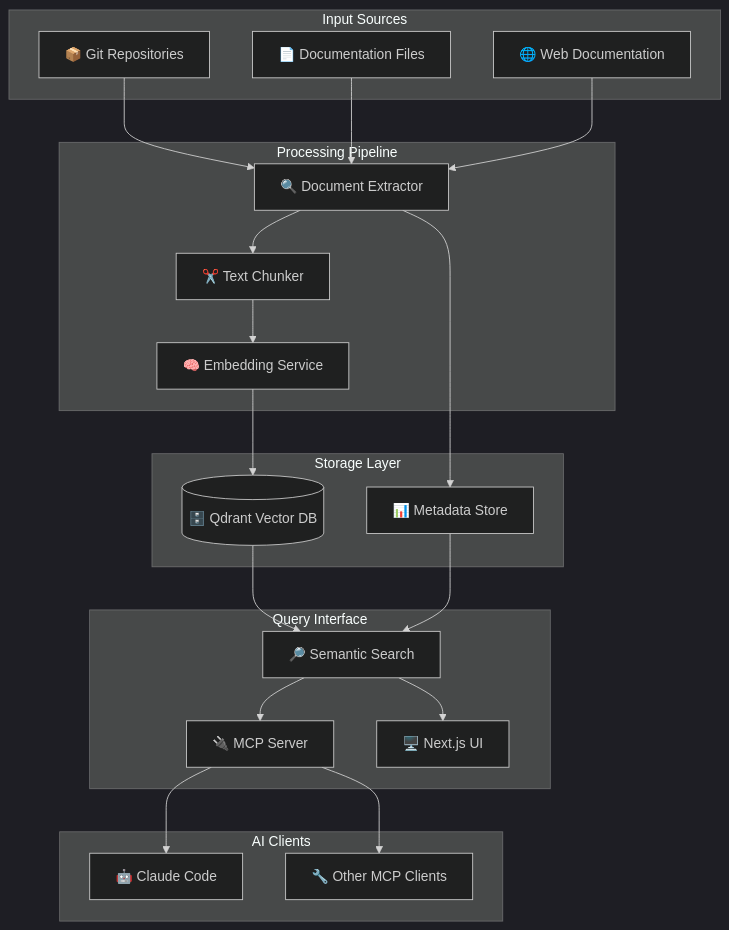
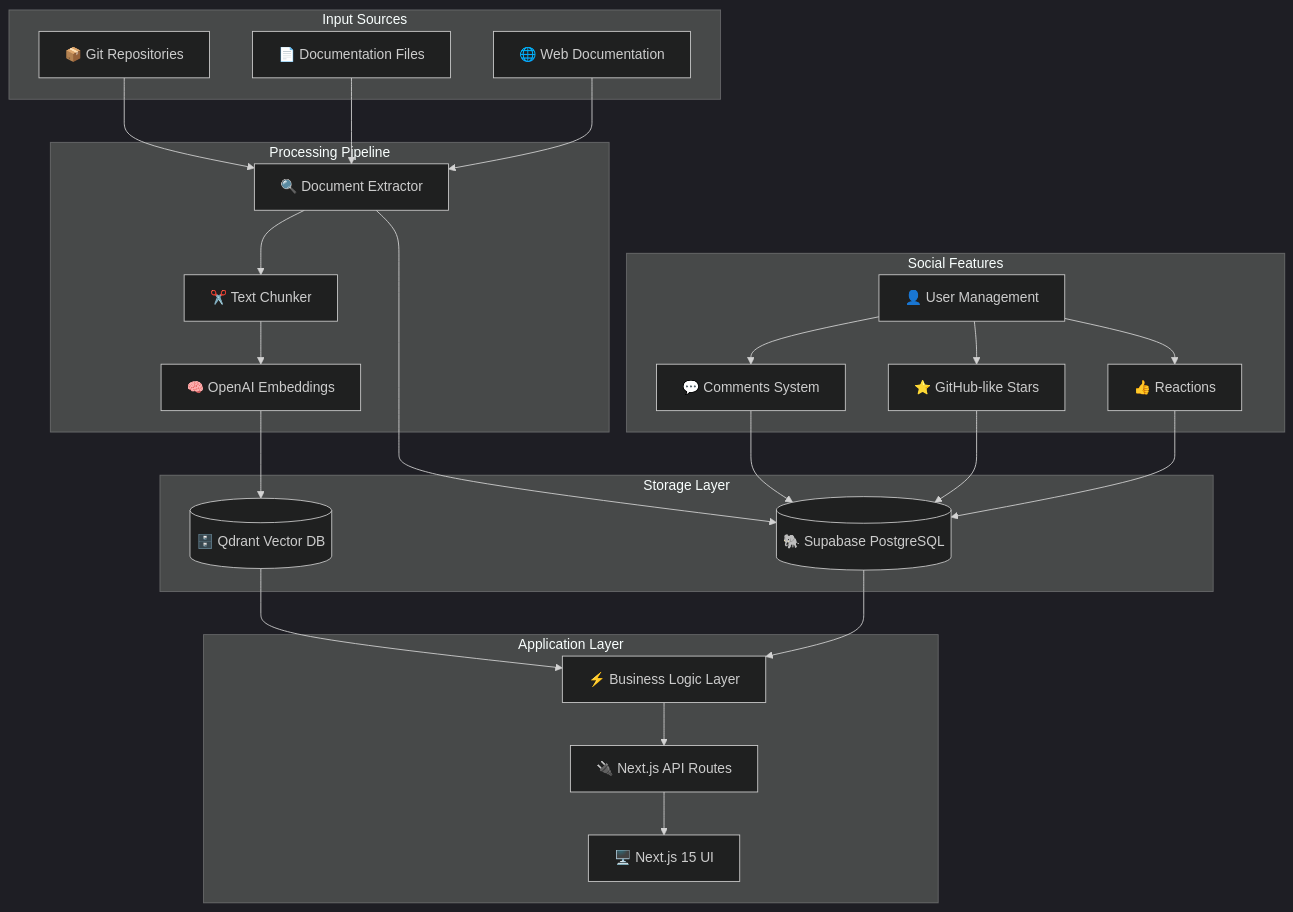
One commit to gilbertsahumada/mantle-hub-ecosysten-mcp changed the first of 4 diagrams in README.md. Above: the diagram before and after it, drawn with Mermaid (dark theme). The commit also changed other lines of this file, not shown here.

````diff
--- a/README.md
+++ b/README.md
@@ -7,47 +7,53 @@
 ```mermaid
 graph TB
     subgraph "Input Sources"
         GIT[📦 Git Repositories]
         DOCS[📄 Documentation Files]
         WEB[🌐 Web Documentation]
     end
 
     subgraph "Processing Pipeline"
         EXTRACT[🔍 Document Extractor]
         CHUNK[✂️ Text Chunker]
-        EMBED[🧠 Embedding Service]
+        EMBED[🧠 OpenAI Embeddings]
     end
 
     subgraph "Storage Layer"
         QDRANT[(🗄️ Qdrant Vector DB)]
-        META[📊 Metadata Store]
+        SUPABASE[(🐘 Supabase PostgreSQL)]
     end
 
-    subgraph "Query Interface"
-        MCP[🔌 MCP Server]
-        SEARCH[🔎 Semantic Search]
-        UI[🖥️ Next.js UI]
+    subgraph "Application Layer"
+        API[🔌 Next.js API Routes]
+        SERVICE[⚡ Business Logic Layer]
+        UI[🖥️ Next.js 15 UI]
     end
 
-    subgraph "AI Clients"
-        CLAUDE[🤖 Claude Code]
-        OTHER[🔧 Other MCP Clients]
+    subgraph "Social Features"
+        COMMENTS[💬 Comments System]
+        STARS[⭐ GitHub-like Stars]
+        REACTIONS[👍 Reactions]
+        USERS[👤 User Management]
     end
 
     GIT --> EXTRACT
     DOCS --> EXTRACT
     WEB --> EXTRACT
     
     EXTRACT --> CHUNK
     CHUNK --> EMBED
     EMBED --> QDRANT
-    EXTRACT --> META
+    EXTRACT --> SUPABASE
     
-    QDRANT --> SEARCH
-    META --> SEARCH
-    SEARCH --> MCP
-    SEARCH --> UI
+    QDRANT --> SERVICE
+    SUPABASE --> SERVICE
+    SERVICE --> API
+    API --> UI
     
-    MCP --> CLAUDE
-    MCP --> OTHER
+    USERS --> COMMENTS
+    USERS --> STARS
+    USERS --> REACTIONS
+    COMMENTS --> SUPABASE
+    STARS --> SUPABASE
+    REACTIONS --> SUPABASE
 ```
````
